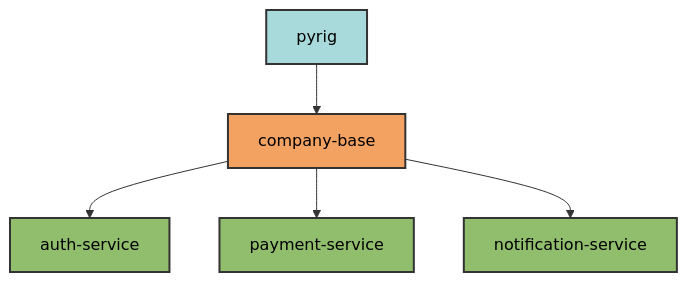
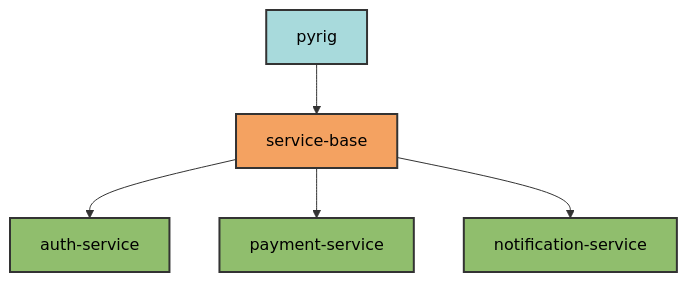
The diagram in docs/more/example-usage.md (Winipedia/pyrig), drawn with Mermaid before and after one commit. The commit also changed other lines of this file and 2 other files, not shown here.

Commit message:
replaced company example with general one

````diff
--- a/docs/more/example-usage.md
+++ b/docs/more/example-usage.md
@@ -17,13 +17,13 @@
 ```mermaid
 graph TD
-    A[pyrig] --> B[company-base]
+    A[pyrig] --> B[service-base]
     B --> C[auth-service]
     B --> D[payment-service]
     B --> E[notification-service]
 
     style A fill:#a8dadc,stroke:#333,stroke-width:2px,color:#000
     style B fill:#f4a261,stroke:#333,stroke-width:2px,color:#000
     style C fill:#90be6d,stroke:#333,stroke-width:2px,color:#000
     style D fill:#90be6d,stroke:#333,stroke-width:2px,color:#000
     style E fill:#90be6d,stroke:#333,stroke-width:2px,color:#000
 ```
````
